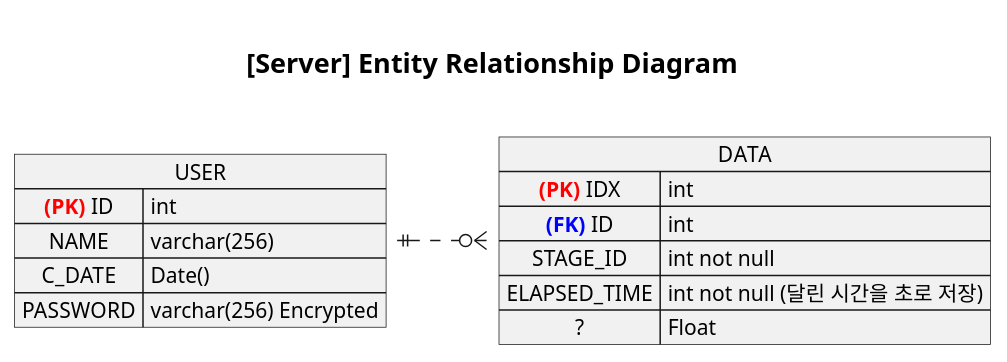
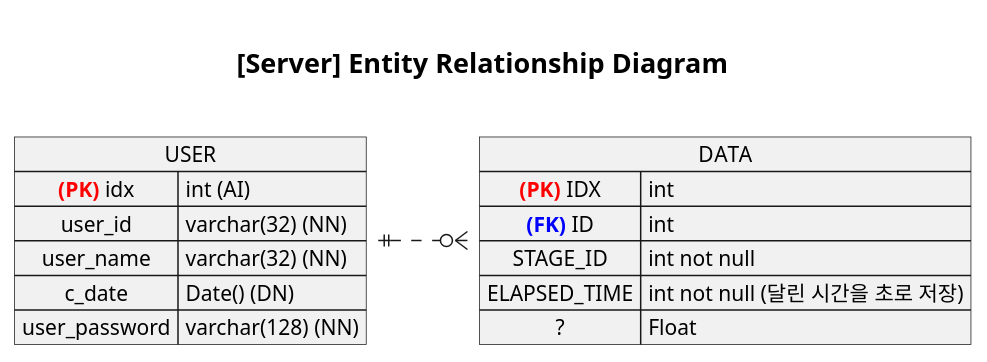
Before and after one commit to GC211MP/API: the diagram in documents/erd.puml, drawn with PlantUML. The commit also changed 1 other file, not shown here.

```diff
--- a/documents/erd.puml
+++ b/documents/erd.puml
@@ -1,36 +1,37 @@
 @startuml er-diagram
 
 ' https://raw.githubusercontent.com/GC211MP/API/main/documents/erd.puml
 
 left to right direction
 
 title
 
 =[Server] Entity Relationship Diagram
 
 end title
 
 map USER {
-    <color:red>**(PK)**</color> ID => int
-    NAME => varchar(256)
-    C_DATE => Date()
-    PASSWORD => varchar(256) Encrypted
+    <color:red>**(PK)**</color> idx => int (AI)
+    user_id => varchar(32) (NN)
+    user_name => varchar(32) (NN)
+    c_date => Date() (DN)
+    user_password => varchar(128) (NN)
 }
 
 map DATA {
     <color:red>**(PK)**</color> IDX => int
     <color:blue>**(FK)**</color> ID => int
     STAGE_ID => int not null
     ELAPSED_TIME => int not null (달린 시간을 초로 저장)
     ? => Float
 }
 
 ' select * from (select id, name from user) as tmp1
 '   join data as data on tmp1.id == data.id;
 
 USER ||..o{ DATA
 
 '릴레이션 표시 방법
 '동적 태그를 어떻게 표현할지?
 
 @enduml
```
